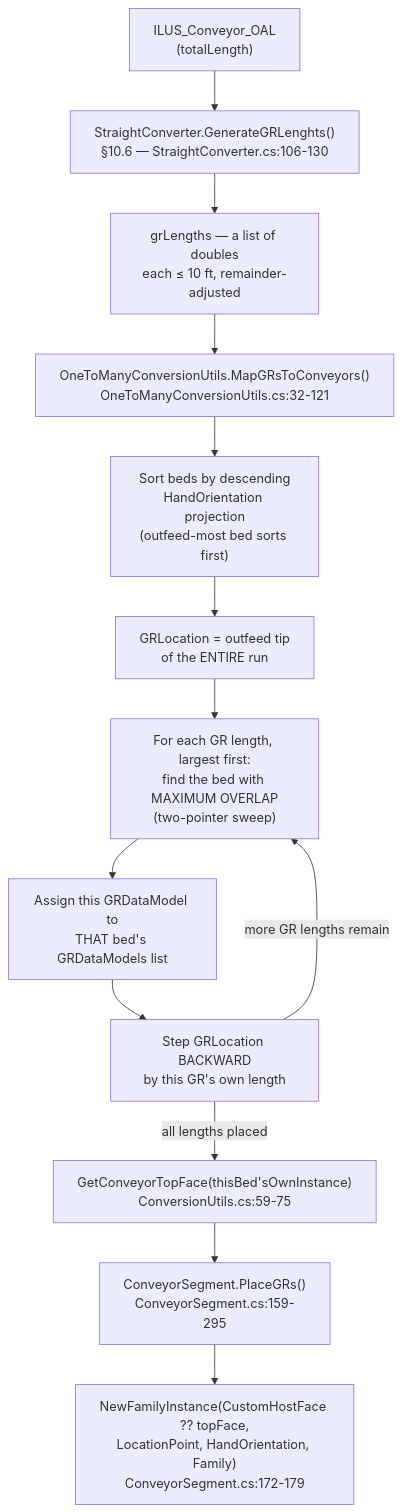
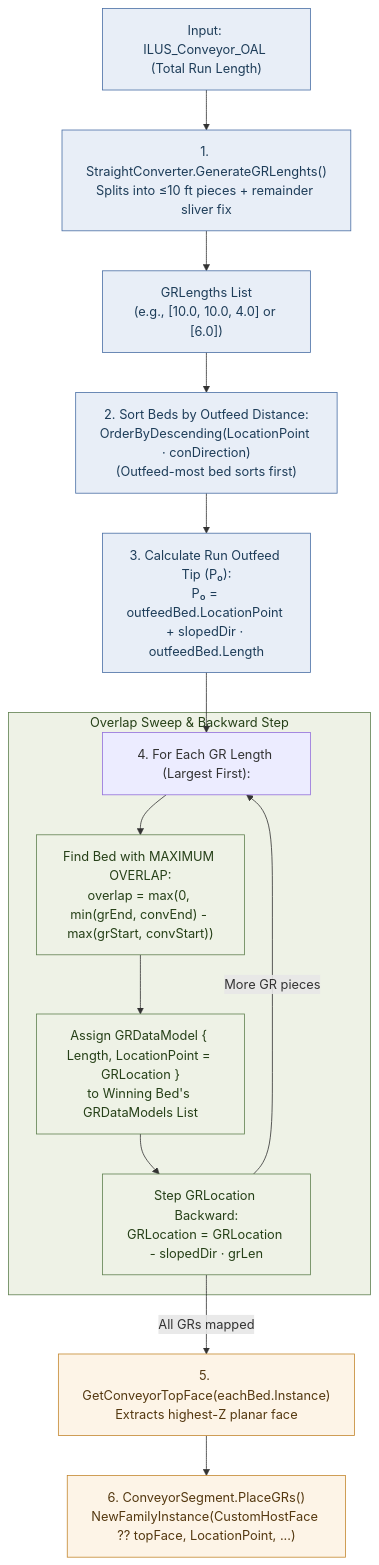
One commit to Mustafa-TOMMY/CommandSamplesRevitApiVer2025 changed diagram 13 of 20 in RevitApiSamples/Samples/TransformModule/ProjectCases/Conveyor/ConveyorFamilyGeometry.md. Above: the diagram before and after it, drawn with Mermaid. The commit also changed other lines of this file, not shown here.

Commit message:
docs(transform): add comprehensive diagram suite to ConveyorFamilyGeometry.md

````diff
--- a/RevitApiSamples/Samples/TransformModule/ProjectCases/Conveyor/ConveyorFamilyGeometry.md
+++ b/RevitApiSamples/Samples/TransformModule/ProjectCases/Conveyor/ConveyorFamilyGeometry.md
@@ -466,15 +618,25 @@
 ```mermaid
 flowchart TD
-    OAL["ILUS_Conveyor_OAL<br/>(totalLength)"] --> Gen["StraightConverter.GenerateGRLenghts()<br/>§10.6 — StraightConverter.cs:106-130"]
-    Gen --> Lens["grLengths — a list of doubles<br/>each ≤ 10 ft, remainder-adjusted"]
-    Lens --> Map["OneToManyConversionUtils.MapGRsToConveyors()<br/>OneToManyConversionUtils.cs:32-121"]
-    Map --> Sort["Sort beds by descending<br/>HandOrientation projection<br/>(outfeed-most bed sorts first)"]
-    Sort --> Origin["GRLocation = outfeed tip<br/>of the ENTIRE run"]
-    Origin --> Sweep["For each GR length, largest first:<br/>find the bed with MAXIMUM OVERLAP<br/>(two-pointer sweep)"]
-    Sweep --> Assign["Assign this GRDataModel to<br/>THAT bed's GRDataModels list"]
-    Assign --> Step["Step GRLocation BACKWARD<br/>by this GR's own length"]
-    Step -->|more GR lengths remain| Sweep
-    Step -->|all lengths placed| Face["GetConveyorTopFace(thisBed'sOwnInstance)<br/>ConversionUtils.cs:59-75"]
-    Face --> Place["ConveyorSegment.PlaceGRs()<br/>ConveyorSegment.cs:159-295"]
-    Place --> Final["NewFamilyInstance(CustomHostFace ?? topFace,<br/>LocationPoint, HandOrientation, Family)<br/>ConveyorSegment.cs:172-179"]
+    OAL["Input: ILUS_Conveyor_OAL (Total Run Length)"] --> Gen["1. StraightConverter.GenerateGRLenghts()<br/>Splits into ≤10 ft pieces + remainder sliver fix"]
+    Gen --> Lens["GRLengths List<br/>(e.g., [10.0, 10.0, 4.0] or [6.0])"]
+    Lens --> SortBeds["2. Sort Beds by Outfeed Distance:<br/>OrderByDescending(LocationPoint · conDirection)<br/>(Outfeed-most bed sorts first)"]
+    SortBeds --> CalcTip["3. Calculate Run Outfeed Tip (P₀):<br/>P₀ = outfeedBed.LocationPoint + slopedDir · outfeedBed.Length"]
+    CalcTip --> Loop["4. For Each GR Length (Largest First):"]
+    
+    subgraph SweepLoop ["Overlap Sweep & Backward Step"]
+        Loop --> Sweep["Find Bed with MAXIMUM OVERLAP:<br/>overlap = max(0, min(grEnd, convEnd) - max(grStart, convStart))"]
+        Sweep --> Assign["Assign GRDataModel { Length, LocationPoint = GRLocation }<br/>to Winning Bed's GRDataModels List"]
+        Assign --> StepBack["Step GRLocation Backward:<br/>GRLocation = GRLocation - slopedDir · grLen"]
+    end
+    
+    StepBack -->|More GR pieces| Loop
+    StepBack -->|All GRs mapped| Face["5. GetConveyorTopFace(eachBed.Instance)<br/>Extracts highest-Z planar face"]
+    Face --> Place["6. ConveyorSegment.PlaceGRs()<br/>NewFamilyInstance(CustomHostFace ?? topFace, LocationPoint, ...)"]
+
+    classDef init fill:#e8eef7,stroke:#4a6fa5,color:#1e3d59;
+    classDef loop fill:#eef2e6,stroke:#608050,color:#264018;
+    classDef revit fill:#fdf4e7,stroke:#c48830,color:#543810;
+    class OAL,Gen,Lens,SortBeds,CalcTip init
+    class SweepLoop,Sweep,Assign,StepBack loop
+    class Face,Place revit
 ```
````
